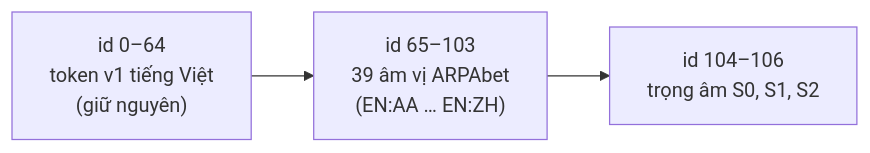
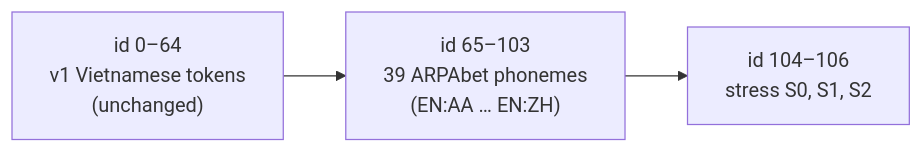
One commit to tuanpmt/vtts changed the first of 3 diagrams in docs/design/specs/2026-11-16-bilingual-vi-en-design.md. Above: the diagram before and after it, drawn with Mermaid. The commit also changed other lines of this file and 6 other files, not shown here.

````diff
--- a/docs/design/specs/2026-11-16-bilingual-vi-en-design.md
+++ b/docs/design/specs/2026-11-16-bilingual-vi-en-design.md
@@ -77,5 +77,5 @@
 ```mermaid
 flowchart LR
-    V1["id 0–64<br/>token v1 tiếng Việt<br/>(giữ nguyên)"] --> V2["id 65–103<br/>39 âm vị ARPAbet<br/>(EN:AA … EN:ZH)"]
-    V2 --> S["id 104–106<br/>trọng âm S0, S1, S2"]
+    V1["id 0–64<br/>v1 Vietnamese tokens<br/>(unchanged)"] --> V2["id 65–103<br/>39 ARPAbet phonemes<br/>(EN:AA … EN:ZH)"]
+    V2 --> S["id 104–106<br/>stress S0, S1, S2"]
 ```
````
